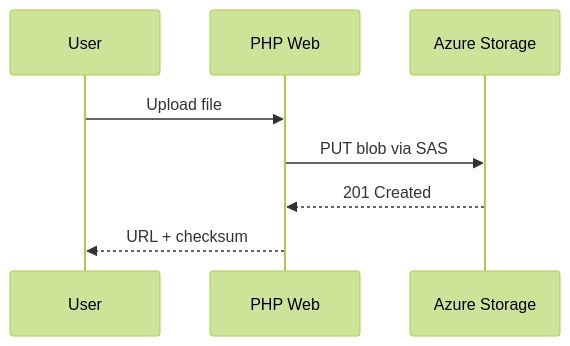
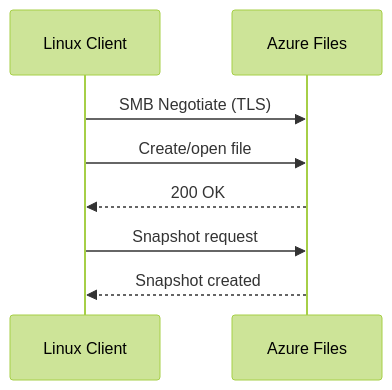
One commit to heisthesisko/azure-se-bootcamp changed the second of 2 diagrams in Azure_Storage/modules/Module02-Azure_File_Storage.md. Above: the diagram before and after it, drawn with Mermaid (forest theme). The commit also changed other lines of this file and 213 other files, not shown here.

````diff
--- a/Azure_Storage/modules/Module02-Azure_File_Storage.md
+++ b/Azure_Storage/modules/Module02-Azure_File_Storage.md
@@ -34,10 +25,10 @@
 ```mermaid
 sequenceDiagram
-  participant User
-  participant Web as PHP Web
-  participant SA as Azure Storage
-  User->>Web: Upload file
-  Web->>SA: PUT blob via SAS
-  SA-->>Web: 201 Created
-  Web-->>User: URL + checksum
+  participant Client as Linux Client
+  participant Files as Azure Files
+  Client->>Files: SMB Negotiate (TLS)
+  Client->>Files: Create/open file
+  Files-->>Client: 200 OK
+  Client->>Files: Snapshot request
+  Files-->>Client: Snapshot created
 ```
````
